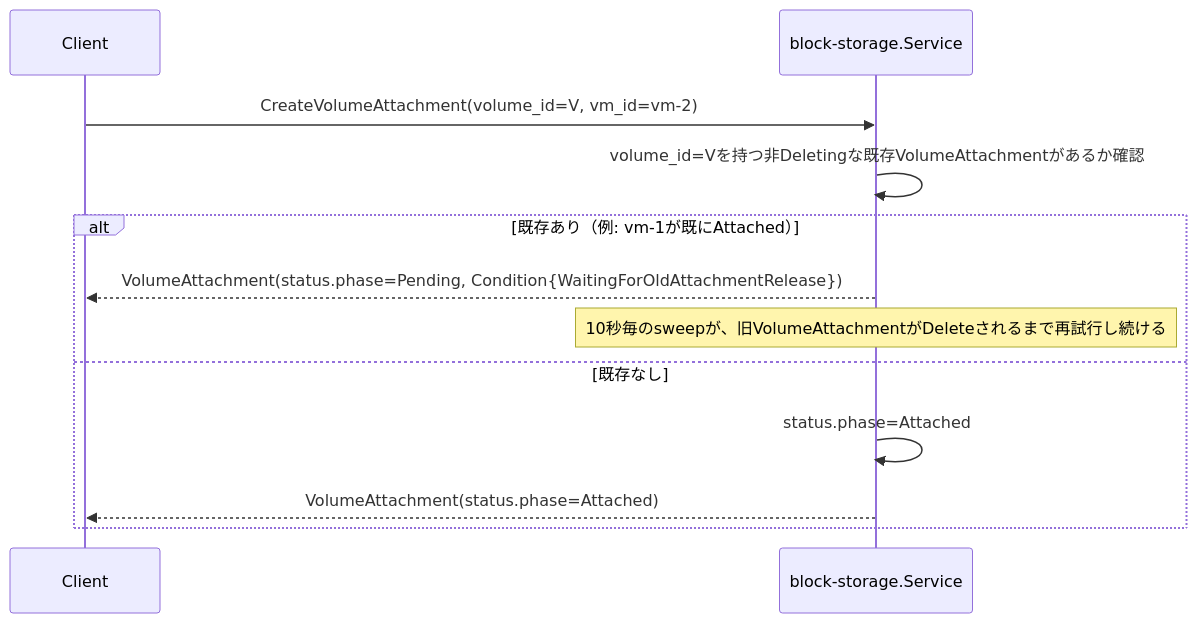
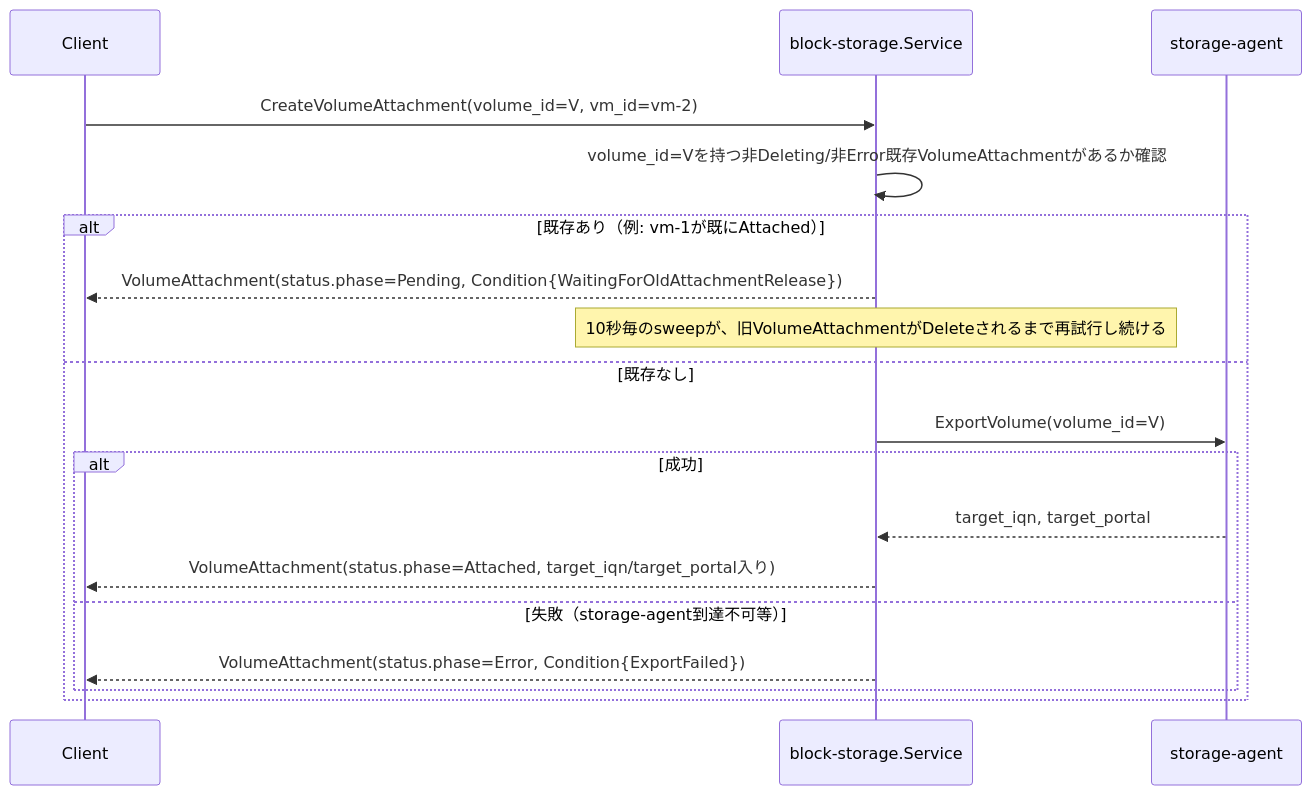
Before and after one commit to kiyuta1230/kyuusha: the diagram in docs/specs/volume.md, drawn with Mermaid. The commit also changed other lines of this file and 1 other file, not shown here.

````diff
--- a/docs/specs/volume.md
+++ b/docs/specs/volume.md
@@ -51,15 +54,21 @@
 ```mermaid
 sequenceDiagram
     participant Cl as Client
     participant BS as block-storage.Service
+    participant SA as storage-agent
 
     Cl->>BS: CreateVolumeAttachment(volume_id=V, vm_id=vm-2)
-    BS->>BS: volume_id=Vを持つ非Deletingな既存VolumeAttachmentがあるか確認
+    BS->>BS: volume_id=Vを持つ非Deleting/非Error既存VolumeAttachmentがあるか確認
     alt 既存あり（例: vm-1が既にAttached）
         BS-->>Cl: VolumeAttachment(status.phase=Pending, Condition{WaitingForOldAttachmentRelease})
         Note over BS: 10秒毎のsweepが、旧VolumeAttachmentがDeleteされるまで再試行し続ける
     else 既存なし
-        BS->>BS: status.phase=Attached
-        BS-->>Cl: VolumeAttachment(status.phase=Attached)
+        BS->>SA: ExportVolume(volume_id=V)
+        alt 成功
+            SA-->>BS: target_iqn, target_portal
+            BS-->>Cl: VolumeAttachment(status.phase=Attached, target_iqn/target_portal入り)
+        else 失敗（storage-agent到達不可等）
+            BS-->>Cl: VolumeAttachment(status.phase=Error, Condition{ExportFailed})
+        end
     end
 ```
````
